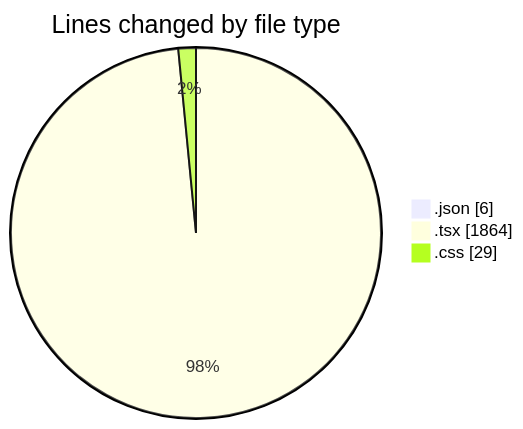
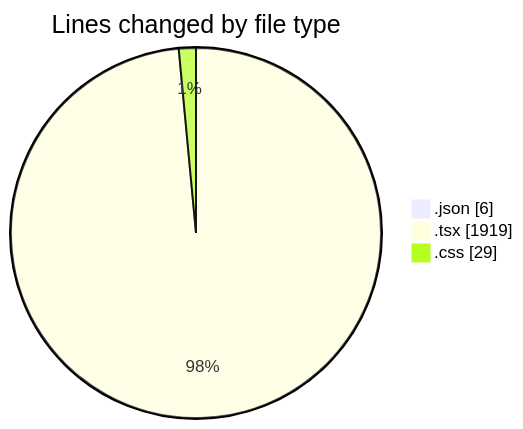
The first of 2 diagrams in 2025-04-07/sungpt/README.md (Elitesun/code-tracking), drawn with Mermaid before and after one commit. The commit also changed other lines of this file and 1 other file, not shown here.

````diff
--- a/2025-04-07/sungpt/README.md
+++ b/2025-04-07/sungpt/README.md
@@ -27,7 +28,7 @@
 ```mermaid
 pie showData
 title Lines changed by file type
 ".json" : 6
-".tsx" : 1864
+".tsx" : 1919
 ".css" : 29
 ```
````
